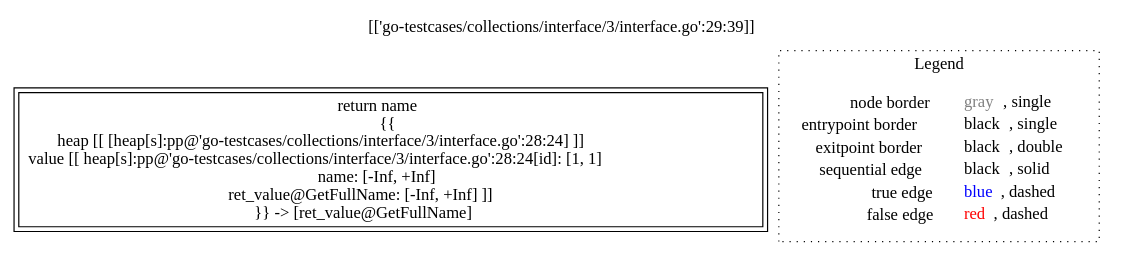
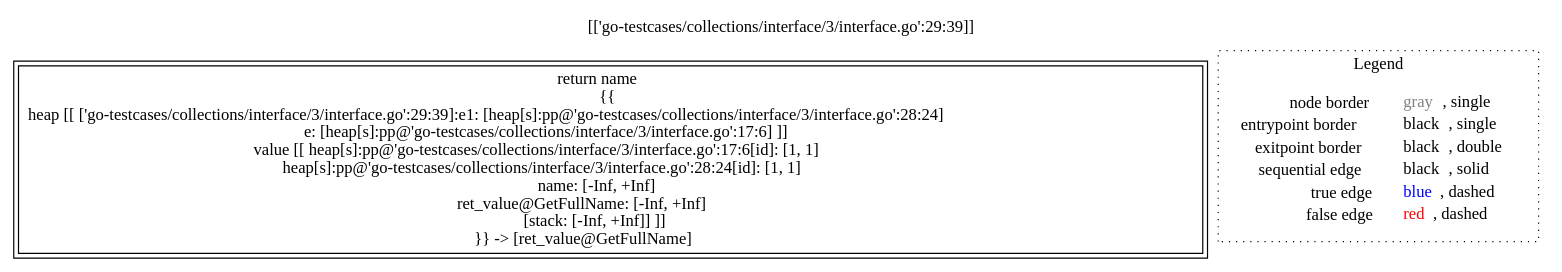
One commit to lisa-analyzer/go-lisa changed the diagram in go-lisa/go-testcases/collections/interface/3/analysis___331854657_string_Emp.GetFullName(Emp_e,_string_name).dot. Above: the diagram before and after it, drawn with Graphviz. The commit also changed 35 other files, not shown here.

Commit message:
Fix bug in GoPointBasedHeap (types of the fresh allocation sites). Fix and refactor tests on heaps and collections

```diff
--- a/go-lisa/go-testcases/collections/interface/3/analysis___331854657_string_Emp.GetFullName(Emp_e,_string_name).dot
+++ b/go-lisa/go-testcases/collections/interface/3/analysis___331854657_string_Emp.GetFullName(Emp_e,_string_name).dot
@@ -1,12 +1,12 @@
 digraph {
 	labelloc="t";
 	label="[['go-testcases/collections/interface/3/interface.go':29:39]]";
-	"node0" [shape="rect",color="black",peripheries="2",label=<return name<BR/>{{<BR/>heap [[ [heap[s]:pp@'go-testcases/collections/interface/3/interface.go':28:24] ]]<BR/>value [[ heap[s]:pp@'go-testcases/collections/interface/3/interface.go':28:24[id]: [1, 1]<BR/>name: [-Inf, +Inf]<BR/>ret_value@GetFullName: [-Inf, +Inf] ]]<BR/>}} -&gt; [ret_value@GetFullName]>];
+	"node0" [shape="rect",color="black",peripheries="2",label=<return name<BR/>{{<BR/>heap [[ ['go-testcases/collections/interface/3/interface.go':29:39]:e1: [heap[s]:pp@'go-testcases/collections/interface/3/interface.go':28:24]<BR/>e: [heap[s]:pp@'go-testcases/collections/interface/3/interface.go':17:6] ]]<BR/>value [[ heap[s]:pp@'go-testcases/collections/interface/3/interface.go':17:6[id]: [1, 1]<BR/>heap[s]:pp@'go-testcases/collections/interface/3/interface.go':28:24[id]: [1, 1]<BR/>name: [-Inf, +Inf]<BR/>ret_value@GetFullName: [-Inf, +Inf]<BR/>[stack: [-Inf, +Inf]] ]]<BR/>}} -&gt; [ret_value@GetFullName]>];
 subgraph cluster_legend {
 	label="Legend";
 	style=dotted;
 	node [shape=plaintext];
 	"legend" [label=<<table border="0" cellpadding="2" cellspacing="0" cellborder="0"><tr><td align="right">node border&nbsp;</td><td align="left"><font color="gray">gray</font>, single</td></tr><tr><td align="right">entrypoint border&nbsp;</td><td align="left"><font color="black">black</font>, single</td></tr><tr><td align="right">exitpoint border&nbsp;</td><td align="left"><font color="black">black</font>, double</td></tr><tr><td align="right">sequential edge&nbsp;</td><td align="left"><font color="black">black</font>, solid</td></tr><tr><td align="right">true edge&nbsp;</td><td align="left"><font color="blue">blue</font>, dashed</td></tr><tr><td align="right">false edge&nbsp;</td><td align="left"><font color="red">red</font>, dashed</td></tr></table>>];
 }
 
 }
```
